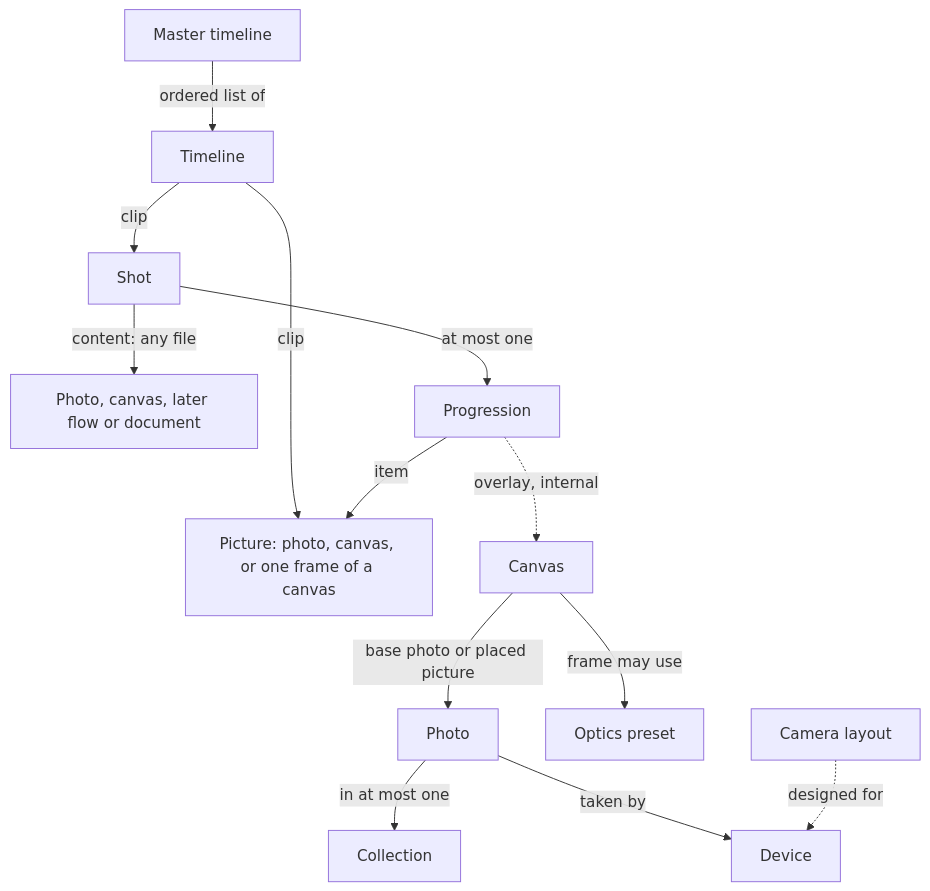
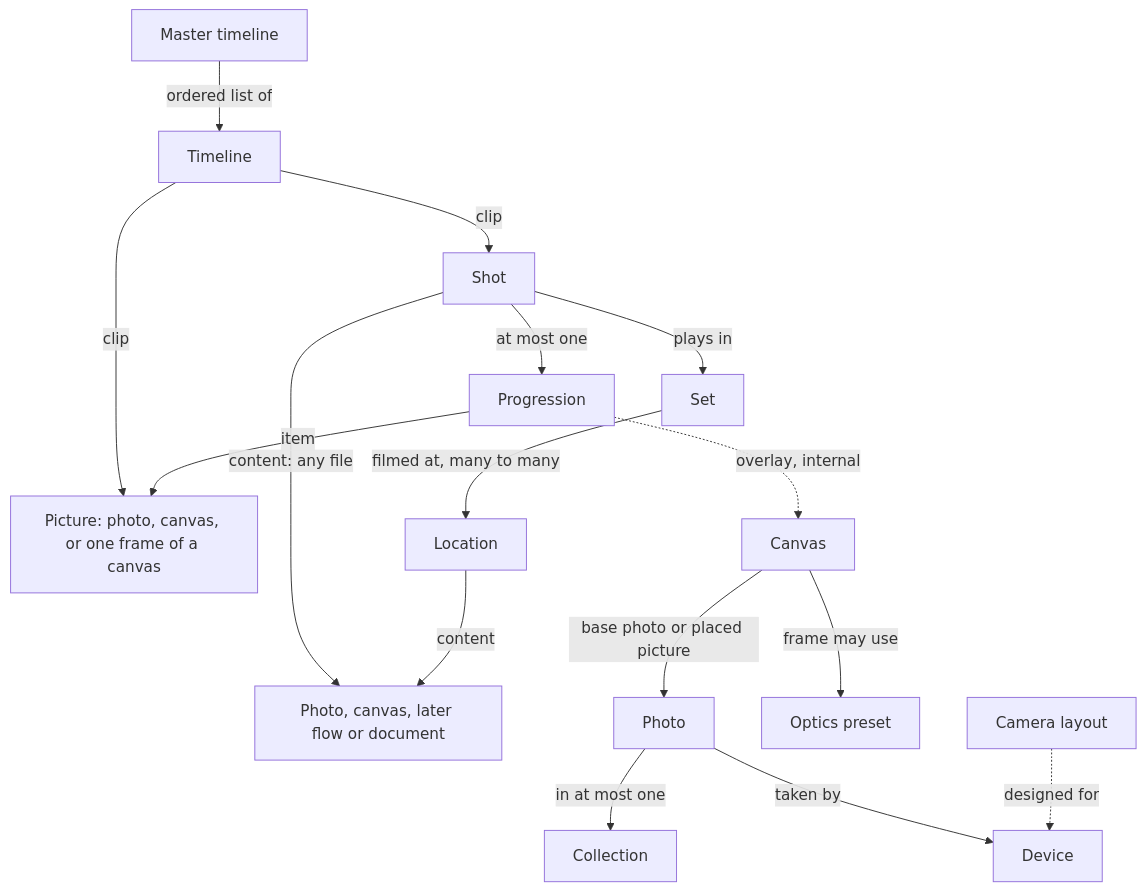
The diagram in docs/rewrite/model.md (OpenClapper-dev/core), drawn with Mermaid before and after one commit. The commit also changed other lines of this file and 4 other files, not shown here.

Commit message:
Rewrite workshop 09a: places decided; Set and Location, reference and position field types, map view (#352)

````diff
--- a/docs/rewrite/model.md
+++ b/docs/rewrite/model.md
@@ -7,15 +7,18 @@
 ```mermaid
 flowchart TD
   MT[Master timeline] -->|ordered list of| TL[Timeline]
   TL -->|clip| SH[Shot]
   TL -->|clip| PIC
   SH -->|content: any file| ANY[Photo, canvas, later flow or document]
   SH -->|at most one| PR[Progression]
   PR -->|item| PIC[Picture: photo, canvas, or one frame of a canvas]
   PR -.->|overlay, internal| CV
   CV[Canvas] -->|base photo or placed picture| PH[Photo]
   CV -->|frame may use| OP[Optics preset]
   PH -->|in at most one| CO[Collection]
   PH -->|taken by| DV[Device]
+  SH -->|plays in| ST[Set]
+  ST -->|filmed at, many to many| LO[Location]
+  LO -->|content| ANY
   CL[Camera layout] -.->|designed for| DV
 ```
````
